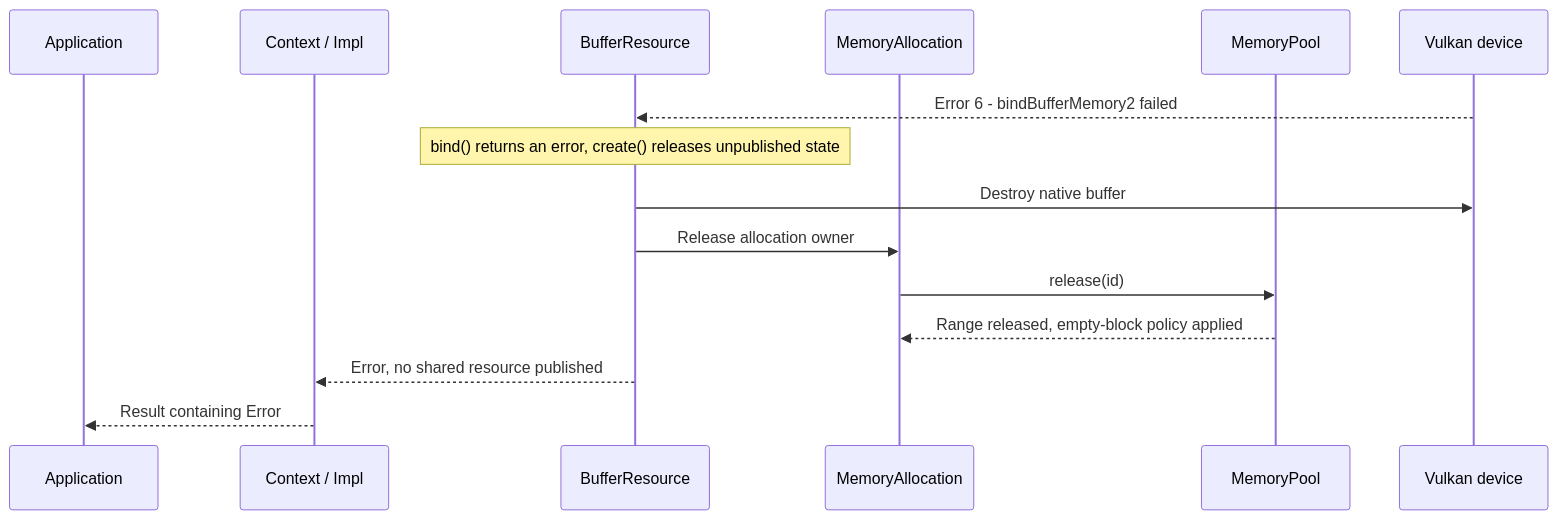
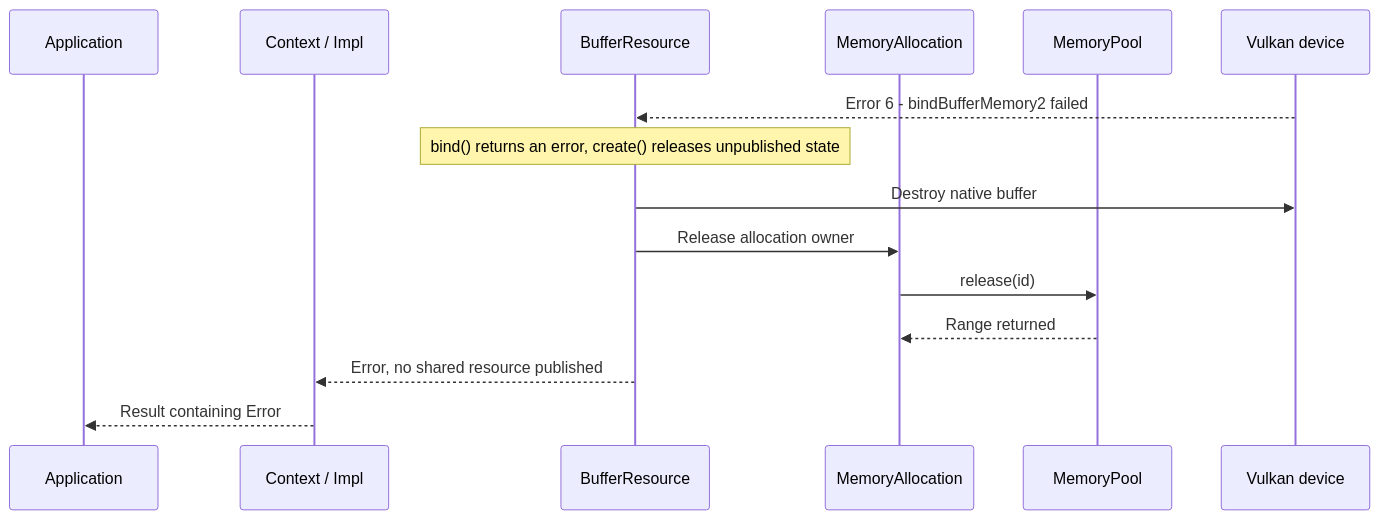
Before and after one commit to a-soltysik/Panda: the third of 3 diagrams in docs/use-cases/create-buffer.md, drawn with Mermaid. The commit also changed other lines of this file and 10 other files, not shown here.

Commit message:
Document swapchain recreation and Context shutdown flows (#80)

````diff
--- a/docs/use-cases/create-buffer.md
+++ b/docs/use-cases/create-buffer.md
@@ -176,17 +175,17 @@
 ```mermaid
 sequenceDiagram
     participant A as Application
     participant C as Context / Impl
     participant R as BufferResource
     participant M as MemoryAllocation
     participant P as MemoryPool
     participant V as Vulkan device
     V -->> R: Error 6 - bindBufferMemory2 failed
     Note over R: bind() returns an error, create() releases unpublished state
     R ->> V: Destroy native buffer
     R ->> M: Release allocation owner
     M ->> P: release(id)
-    P -->> M: Range released, empty-block policy applied
+    P -->> M: Range returned
     R -->> C: Error, no shared resource published
     C -->> A: Result containing Error
 ```
````
